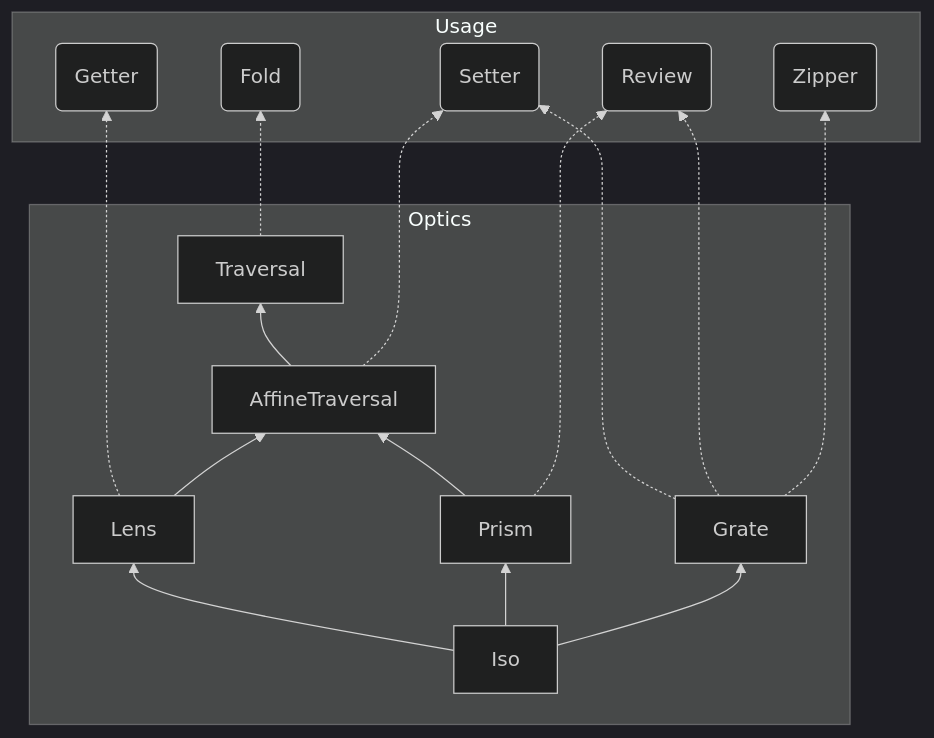
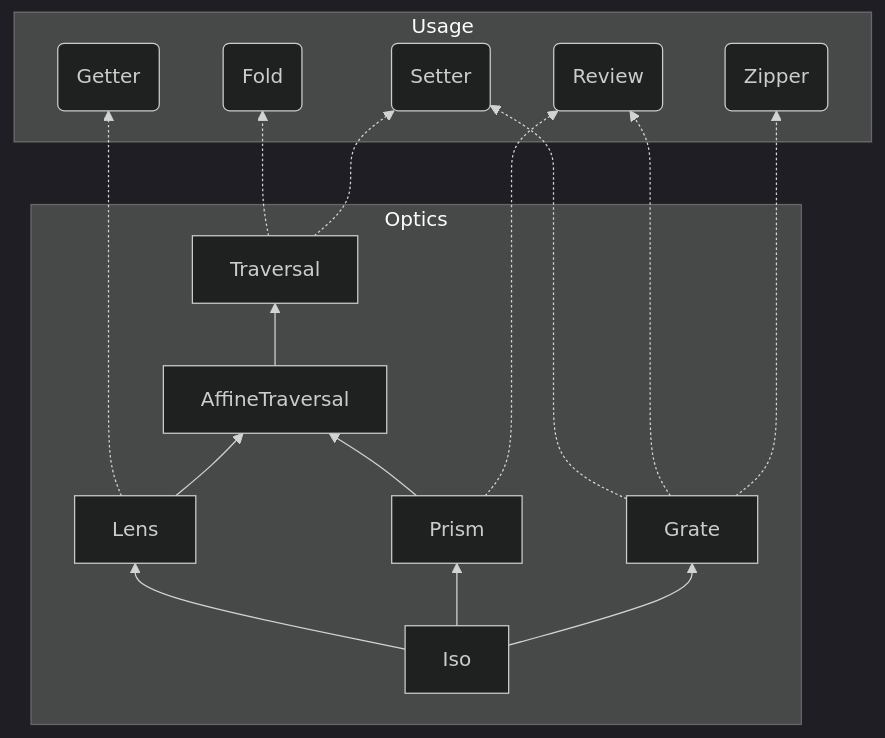
The diagram in articles/a19b14d0b5f272.md (yukikurage/zenn), drawn with Mermaid (dark theme) before and after one commit. The commit also changed other lines of this file, not shown here.

````diff
--- a/articles/a19b14d0b5f272.md
+++ b/articles/a19b14d0b5f272.md
@@ -119,31 +119,31 @@
 ```mermaid
 graph BT
     subgraph Optics
       Iso[Iso]
       Lens[Lens]
       Prism[Prism]
       Grate[Grate]
       AffineTraversal[AffineTraversal]
       Traversal[Traversal]
     end
     subgraph Usage
       Getter(Getter)
       Fold(Fold)
       Setter(Setter)
       Review(Review)
       Zipper(Zipper)
     end
     Iso --> Lens
     Iso --> Prism
     Iso --> Grate
     Lens -.-> Getter
     Lens --> AffineTraversal
     Prism --> AffineTraversal
     Prism -.-> Review
     Grate -.-> Setter
     Grate -.-> Review
     Grate -...-> Zipper
     AffineTraversal --> Traversal
-    AffineTraversal -.-> Setter
     Traversal -.-> Fold
+    Traversal -.-> Setter
 ```
````
